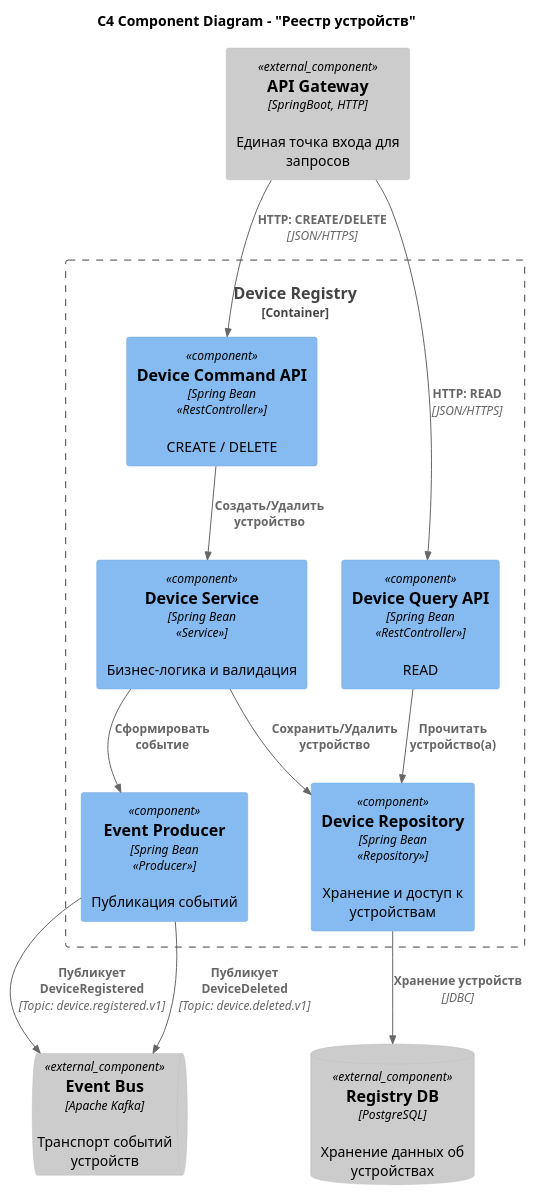
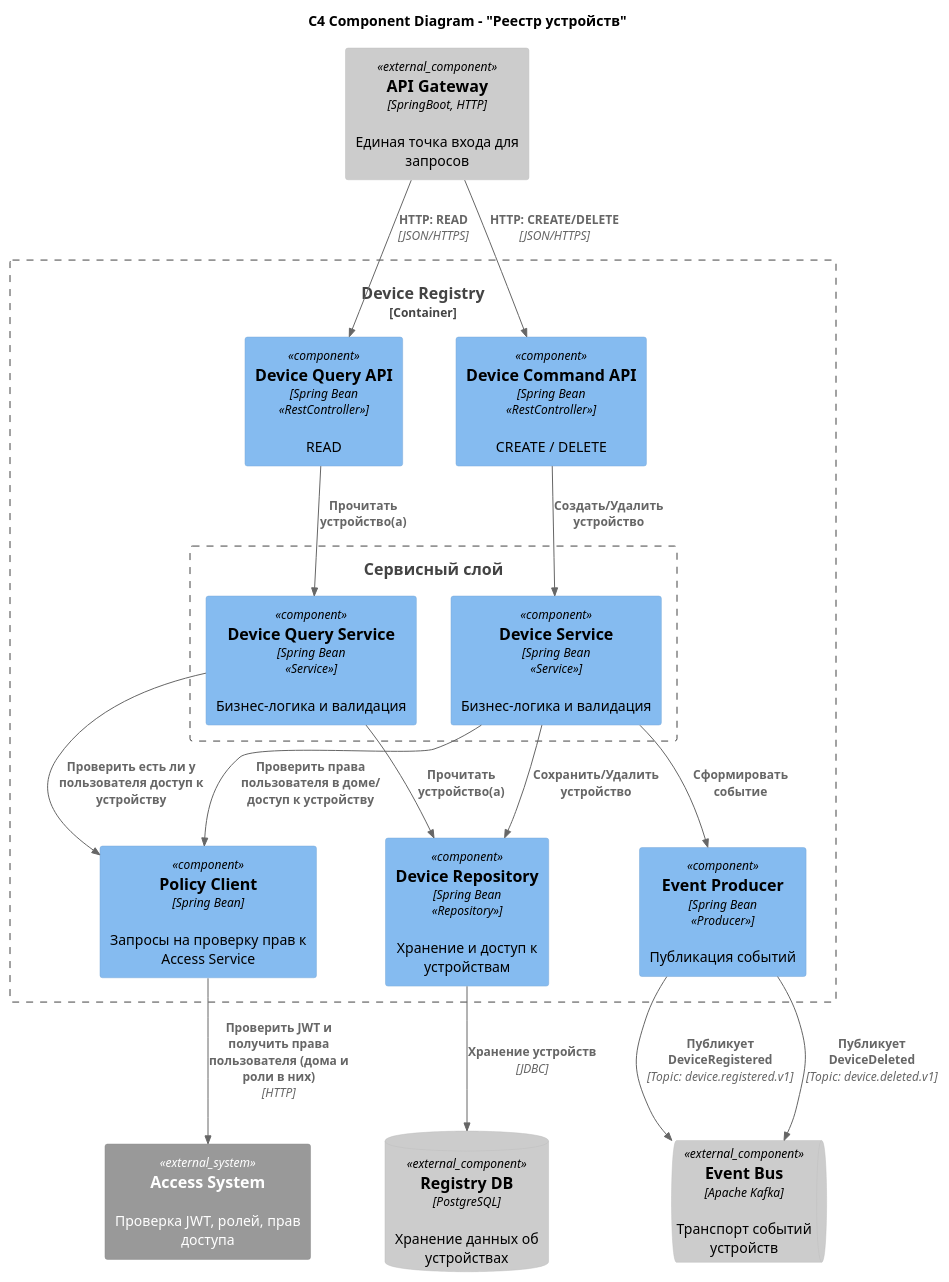
Before and after one commit to aymanstepanova/architecture-pro-warmhouse: the diagram in schemas/c4-components/component_device_registry_c4.puml, drawn with PlantUML. The commit also changed 7 other files, not shown here.

```diff
--- a/schemas/c4-components/component_device_registry_c4.puml
+++ b/schemas/c4-components/component_device_registry_c4.puml
@@ -1,33 +1,42 @@
 @startuml
 !include ../styles/C4_Component.puml
 
 title C4 Component Diagram - "Реестр устройств"
 
 Component_Ext(apiGw, "API Gateway", "SpringBoot, HTTP", "Единая точка входа для запросов")
+System_Ext(access, "Access System", "Проверка JWT, ролей, прав доступа")
 ComponentDb_Ext(deviceDb, "Registry DB", "PostgreSQL", "Хранение данных об устройствах")
 ComponentQueue_Ext(kafka, "Event Bus", "Apache Kafka", "Транспорт событий устройств")
 
 Container_Boundary(deviceRegistry, "Device Registry") {
 	Component(commandApi, "Device Command API", "Spring Bean\n<<RestController>>", "CREATE / DELETE")
 	Component(queryApi, "Device Query API", "Spring Bean\n<<RestController>>", "READ")
-    Component(service, "Device Service", "Spring Bean\n<<Service>>", "Бизнес-логика и валидация")
+	Boundary(serviceLayer, "Сервисный слой") {
+	    Component(queryService, "Device Query Service", "Spring Bean\n<<Service>>", "Бизнес-логика и валидация")
+        Component(service, "Device Service", "Spring Bean\n<<Service>>", "Бизнес-логика и валидация")
+	}
+	Component(policyClient, "Policy Client", "Spring Bean", "Запросы на проверку прав к Access Service")
     Component(repository, "Device Repository", "Spring Bean\n<<Repository>>", "Хранение и доступ к устройствам")
     Component(eventProducer, "Event Producer", "Spring Bean\n<<Producer>>", "Публикация событий")
 }
 
 '' API
 Rel(apiGw, commandApi, "HTTP: CREATE/DELETE", "JSON/HTTPS")
 Rel(apiGw, queryApi, "HTTP: READ", "JSON/HTTPS")
 
 '' Команды
 Rel(commandApi, service, "Создать/Удалить устройство")
-Rel(queryApi, repository, "Прочитать устройство(а)")
+Rel(queryApi, queryService, "Прочитать устройство(а)")
+Rel(queryService, repository, "Прочитать устройство(а)")
+Rel(queryService, policyClient, "Проверить есть ли у пользователя доступ к устройству")
+Rel(service, policyClient, "Проверить права пользователя в доме/ \nдоступ к устройству")
+Rel(policyClient, access, "Проверить JWT и получить права пользователя (дома и роли в них)", "HTTP")
 Rel(service, repository, "Сохранить/Удалить устройство")
 Rel(repository, deviceDb, "Хранение устройств", "JDBC")
 
 '' События
 Rel(service, eventProducer, "Сформировать событие")
 Rel(eventProducer, kafka, "Публикует\nDeviceRegistered", "Topic: device.registered.v1")
 Rel(eventProducer, kafka, "Публикует\nDeviceDeleted", "Topic: device.deleted.v1")
 
 @enduml
```
